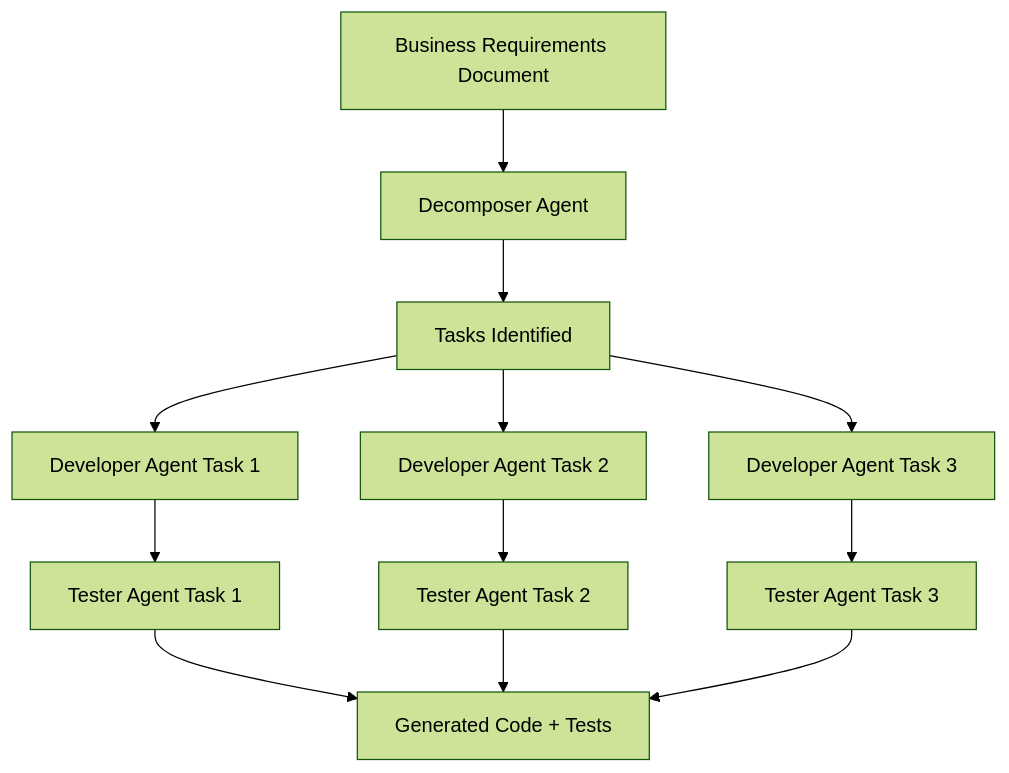
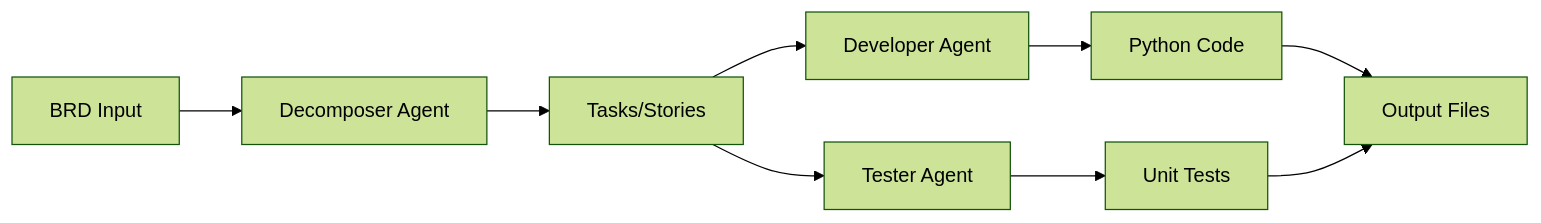
One commit to RamyaGopalRao/Sprintgenie changed the diagram in README.md. Above: the diagram before and after it, drawn with Mermaid (forest theme). The commit also changed other lines of this file and 27 other files, not shown here.

````diff
--- a/README.md
+++ b/README.md
@@ -97,14 +173,11 @@
 ```mermaid
-graph TD
-    A[Business Requirements Document] --> B[Decomposer Agent]
-    B --> C[Tasks Identified]
-    C --> D1[Developer Agent Task 1]
-    C --> D2[Developer Agent Task 2]
-    C --> D3[Developer Agent Task 3]
-    D1 --> E1[Tester Agent Task 1]
-    D2 --> E2[Tester Agent Task 2]
-    D3 --> E3[Tester Agent Task 3]
-    E1 --> F[Generated Code + Tests]
-    E2 --> F
-    E3 --> F
+graph LR
+    A[BRD Input] --> B[Decomposer Agent]
+    B --> C[Tasks/Stories]
+    C --> D[Developer Agent]
+    C --> E[Tester Agent]
+    D --> F[Python Code]
+    E --> G[Unit Tests]
+    F --> H[Output Files]
+    G --> H
 ```
````
